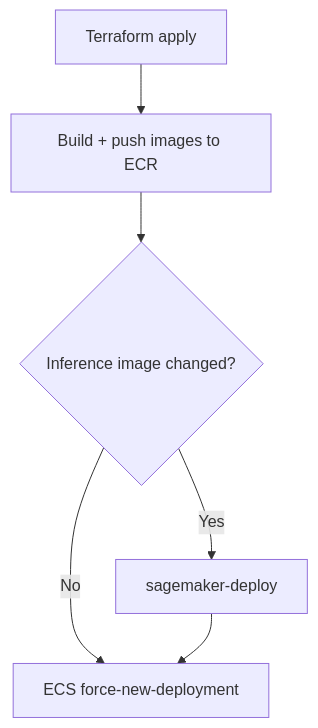
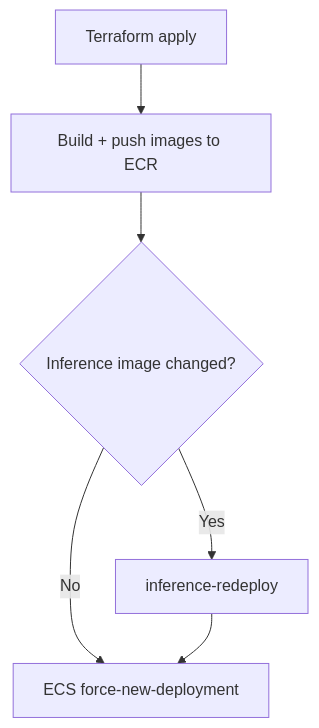
Before and after one commit to alexpialetski/stereo-spot: the diagram in packages/stereo-spot-docs/docs/aws/build-and-deploy.md, drawn with Mermaid. The commit also changed other lines of this file and 42 other files, not shown here.

````diff
--- a/packages/stereo-spot-docs/docs/aws/build-and-deploy.md
+++ b/packages/stereo-spot-docs/docs/aws/build-and-deploy.md
@@ -20,8 +20,8 @@
 ```mermaid
 flowchart TB
   A[Terraform apply] --> B[Build + push images to ECR]
   B --> C{Inference image changed?}
-  C -->|Yes| D[sagemaker-deploy]
+  C -->|Yes| D[inference-redeploy]
   C -->|No| E[ECS force-new-deployment]
   D --> E
 ```
````
